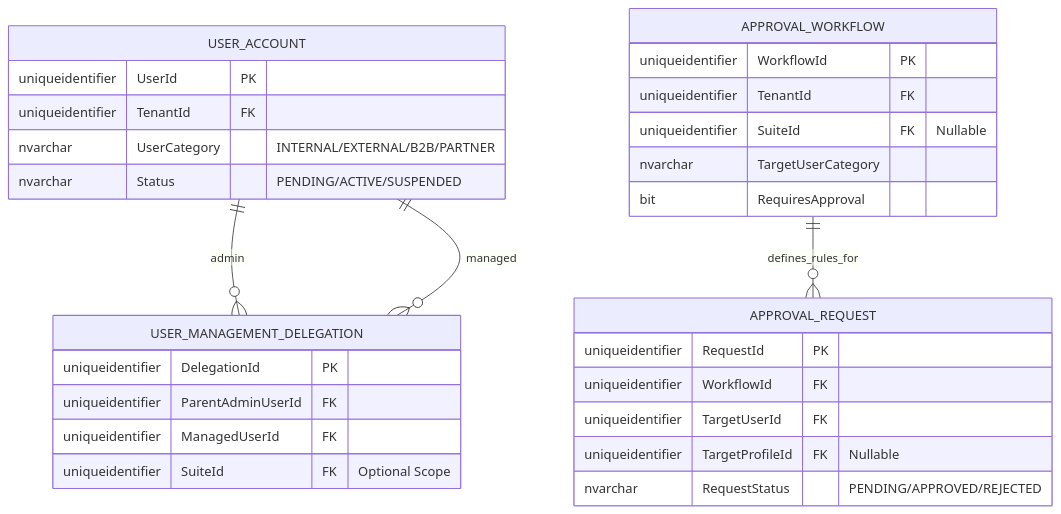
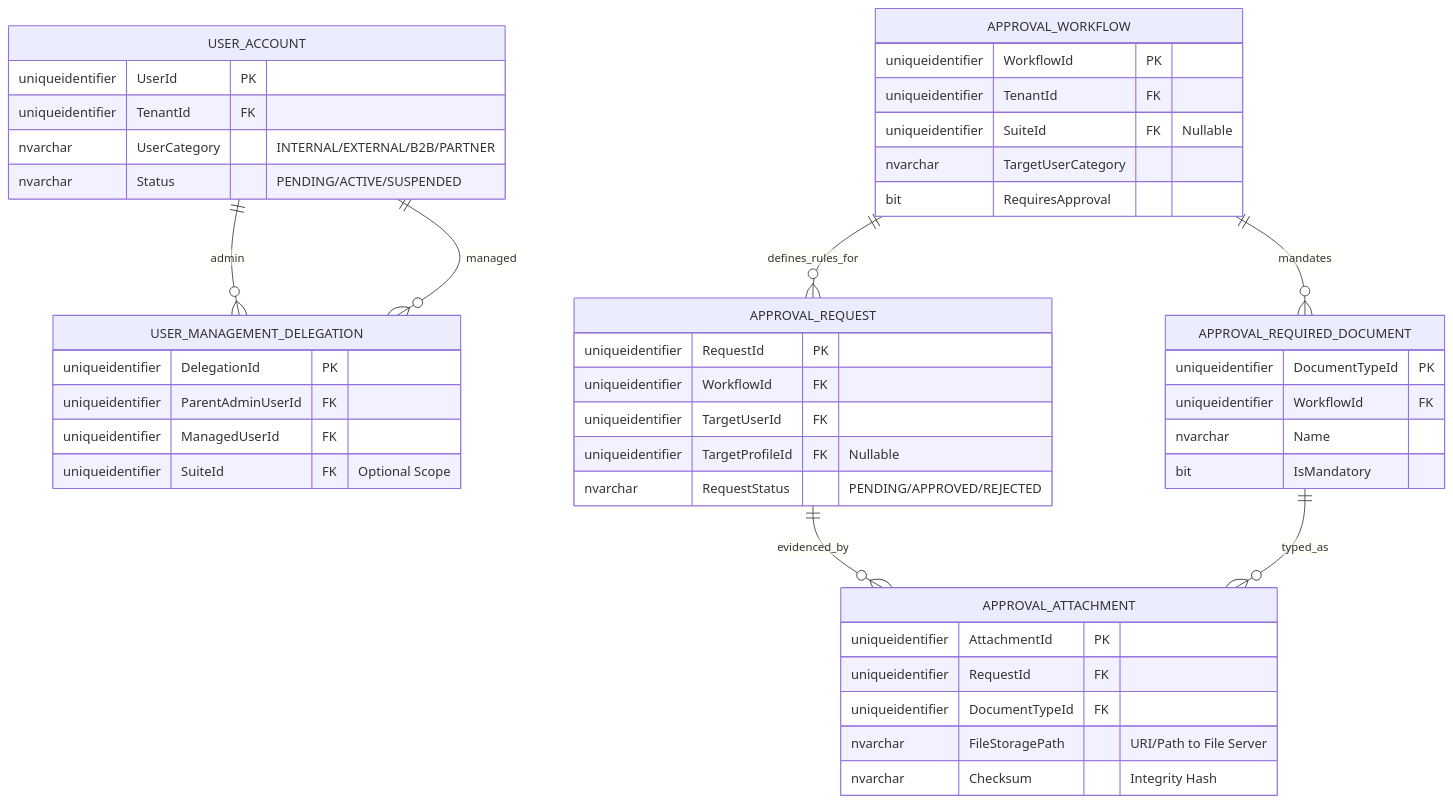
The fourth of 4 diagrams in architecture/blueprints/database-design-er.md (beyondnetcode/ums), drawn with Mermaid before and after one commit. The commit also changed other lines of this file and 4 other files, not shown here.

Commit message:
feat(auth): integrate supporting document management into approval workflows

````diff
--- a/architecture/blueprints/database-design-er.md
+++ b/architecture/blueprints/database-design-er.md
@@ -133,36 +133,54 @@
 ```mermaid
 erDiagram
     USER_ACCOUNT ||--o{ USER_MANAGEMENT_DELEGATION : "admin"
     USER_ACCOUNT ||--o{ USER_MANAGEMENT_DELEGATION : "managed"
     APPROVAL_WORKFLOW ||--o{ APPROVAL_REQUEST : "defines_rules_for"
+    APPROVAL_WORKFLOW ||--o{ APPROVAL_REQUIRED_DOCUMENT : "mandates"
+    APPROVAL_REQUEST ||--o{ APPROVAL_ATTACHMENT : "evidenced_by"
+    APPROVAL_REQUIRED_DOCUMENT ||--o{ APPROVAL_ATTACHMENT : "typed_as"
     
     USER_ACCOUNT {
         uniqueidentifier UserId PK
         uniqueidentifier TenantId FK
         nvarchar UserCategory "INTERNAL/EXTERNAL/B2B/PARTNER"
         nvarchar Status "PENDING/ACTIVE/SUSPENDED"
     }
 
     USER_MANAGEMENT_DELEGATION {
         uniqueidentifier DelegationId PK
         uniqueidentifier ParentAdminUserId FK
         uniqueidentifier ManagedUserId FK
         uniqueidentifier SuiteId FK "Optional Scope"
     }
     
     APPROVAL_WORKFLOW {
         uniqueidentifier WorkflowId PK
         uniqueidentifier TenantId FK
         uniqueidentifier SuiteId FK "Nullable"
         nvarchar TargetUserCategory
         bit RequiresApproval
     }
+
+    APPROVAL_REQUIRED_DOCUMENT {
+        uniqueidentifier DocumentTypeId PK
+        uniqueidentifier WorkflowId FK
+        nvarchar Name
+        bit IsMandatory
+    }
     
     APPROVAL_REQUEST {
         uniqueidentifier RequestId PK
         uniqueidentifier WorkflowId FK
         uniqueidentifier TargetUserId FK
         uniqueidentifier TargetProfileId FK "Nullable"
         nvarchar RequestStatus "PENDING/APPROVED/REJECTED"
     }
+
+    APPROVAL_ATTACHMENT {
+        uniqueidentifier AttachmentId PK
+        uniqueidentifier RequestId FK
+        uniqueidentifier DocumentTypeId FK
+        nvarchar FileStoragePath "URI/Path to File Server"
+        nvarchar Checksum "Integrity Hash"
+    }
 ```
````
